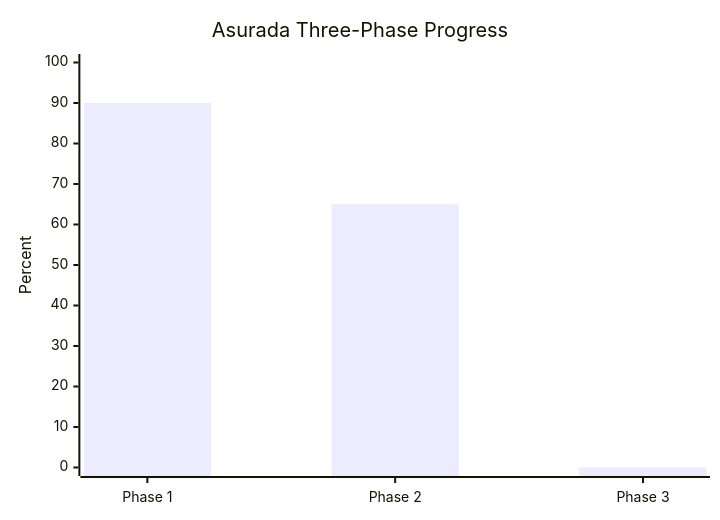
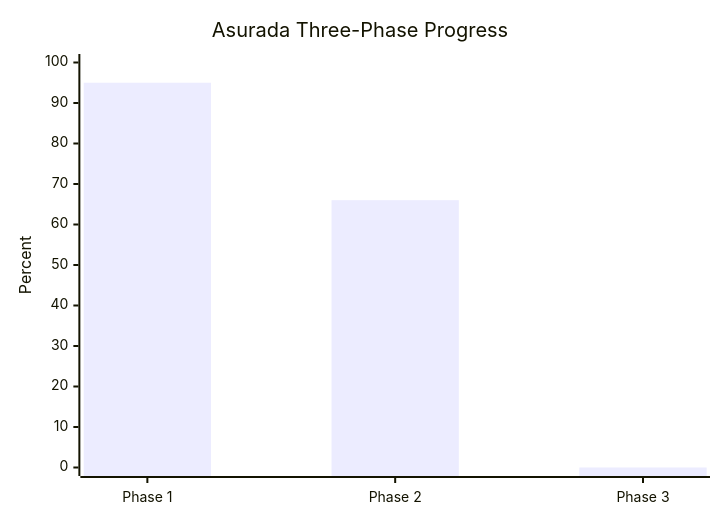
One commit to Sn55555/Asurada changed the first of 2 diagrams in PROJECT_PROGRESS.md. Above: the diagram before and after it, drawn with Mermaid. The commit also changed other lines of this file and 2 other files, not shown here.

````diff
--- a/PROJECT_PROGRESS.md
+++ b/PROJECT_PROGRESS.md
@@ -12,7 +12,7 @@
 ```mermaid
 xychart-beta
     title "Asurada Three-Phase Progress"
     x-axis ["Phase 1", "Phase 2", "Phase 3"]
     y-axis "Percent" 0 --> 100
-    bar [90, 65, 0]
+    bar [95, 66, 0]
 ```
````
